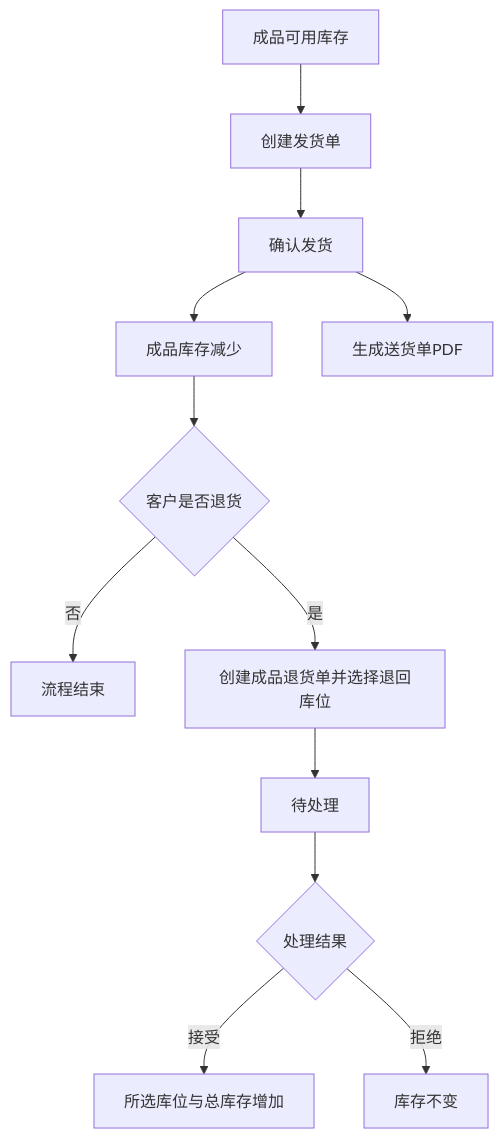
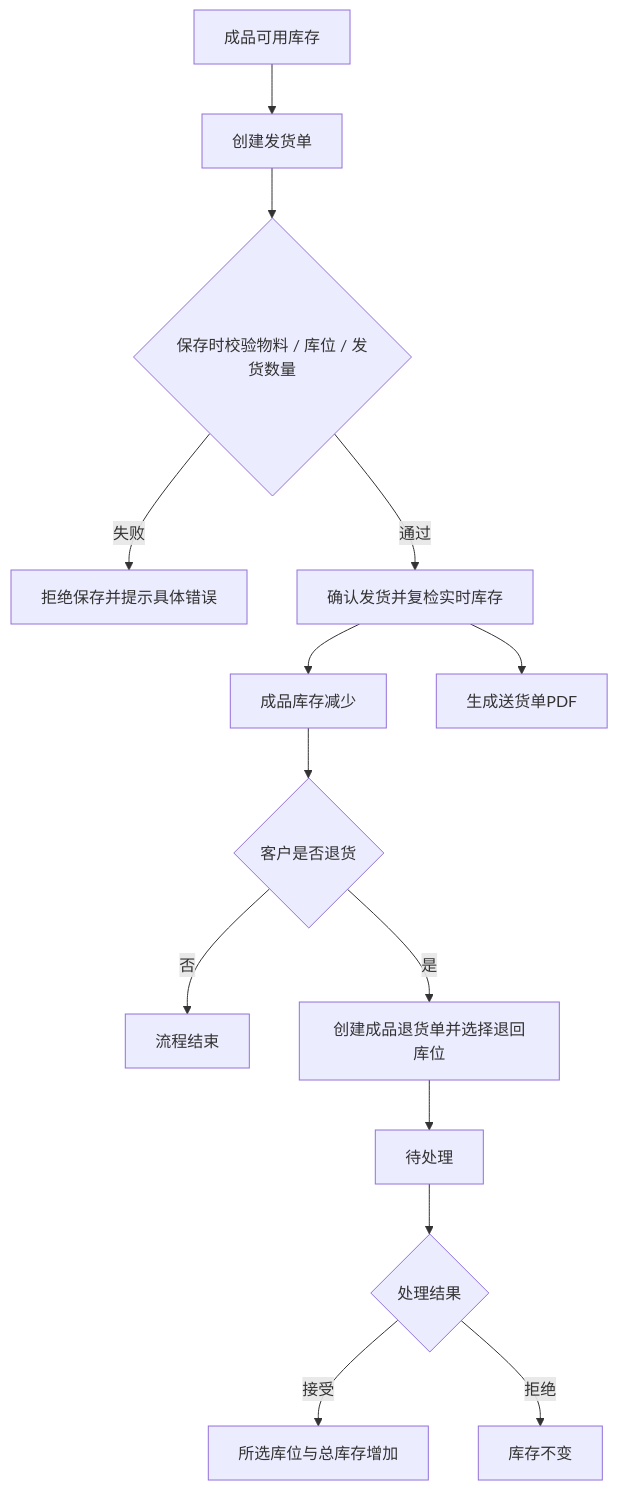
One commit to goldf2/mes-lite changed diagram 15 of 17 in docs/minierp/system-function-flow.md. Above: the diagram before and after it, drawn with Mermaid. The commit also changed other lines of this file and 12 other files, not shown here.

````diff
--- a/docs/minierp/system-function-flow.md
+++ b/docs/minierp/system-function-flow.md
@@ -475,14 +479,16 @@
 ```mermaid
 flowchart TD
   A["成品可用库存"] --> B["创建发货单"]
-  B --> C["确认发货"]
+  B --> V{"保存时校验物料 / 库位 / 发货数量"}
+  V -->|失败| X["拒绝保存并提示具体错误"]
+  V -->|通过| C["确认发货并复检实时库存"]
   C --> D["成品库存减少"]
   C --> E["生成送货单PDF"]
   D --> F{"客户是否退货"}
   F -->|否| G["流程结束"]
   F -->|是| H["创建成品退货单并选择退回库位"]
   H --> I["待处理"]
   I --> J{"处理结果"}
   J -->|接受| K["所选库位与总库存增加"]
   J -->|拒绝| L["库存不变"]
 ```
````
